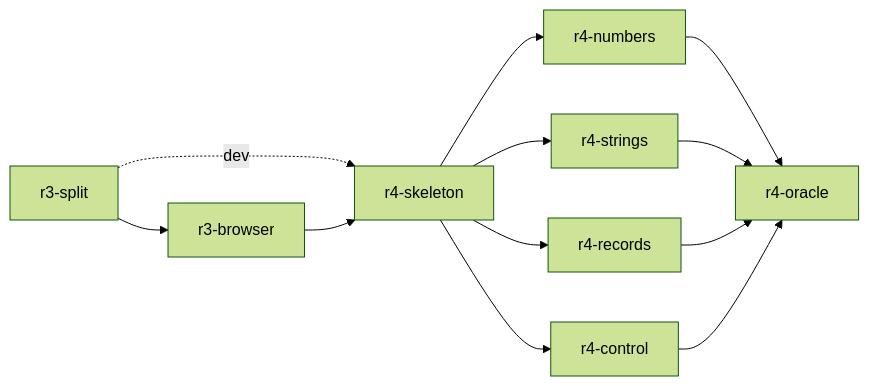
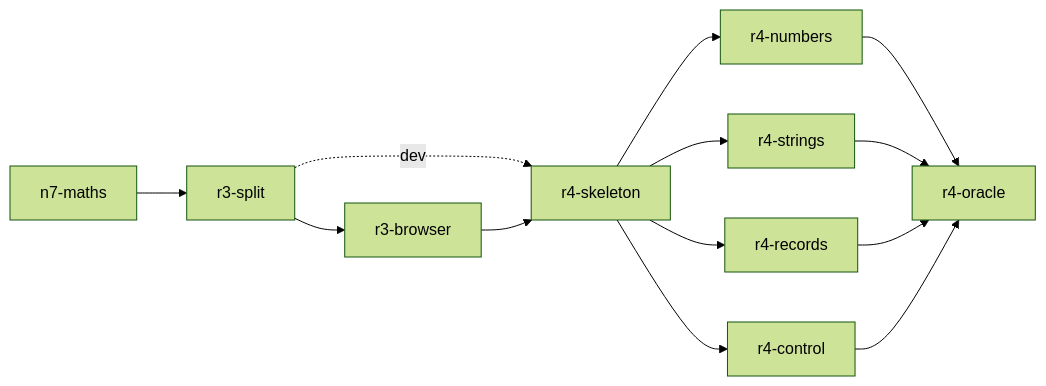
Before and after one commit to amritk/nish: the diagram in .claude/plans/wp33-r3-r4-round-trip.plan.md, drawn with Mermaid (forest theme). The commit also changed other lines of this file, not shown here.

````diff
--- a/.claude/plans/wp33-r3-r4-round-trip.plan.md
+++ b/.claude/plans/wp33-r3-r4-round-trip.plan.md
@@ -244,14 +269,15 @@
 ```mermaid
 graph LR
-  A[r3-split] --> B[r3-browser]
+  N[n7-maths] --> A[r3-split]
+  A --> B[r3-browser]
   A -. dev .-> C[r4-skeleton]
   B --> C
   C --> D[r4-numbers]
   C --> E[r4-strings]
   C --> F[r4-records]
   C --> G[r4-control]
   D --> H[r4-oracle]
   E --> H
   F --> H
   G --> H
 ```
````
